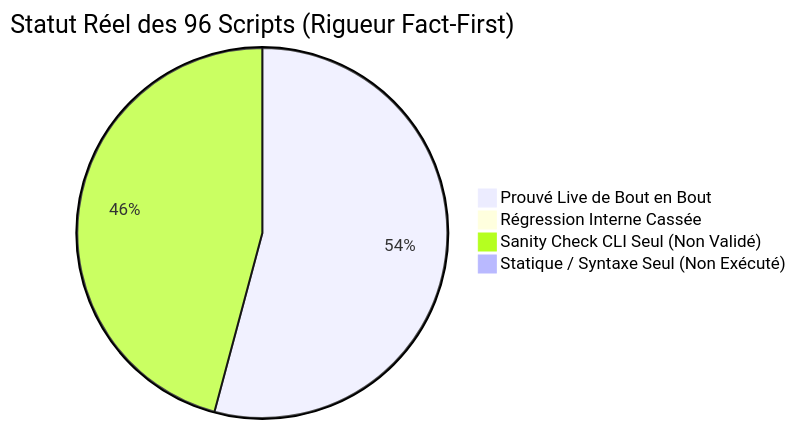
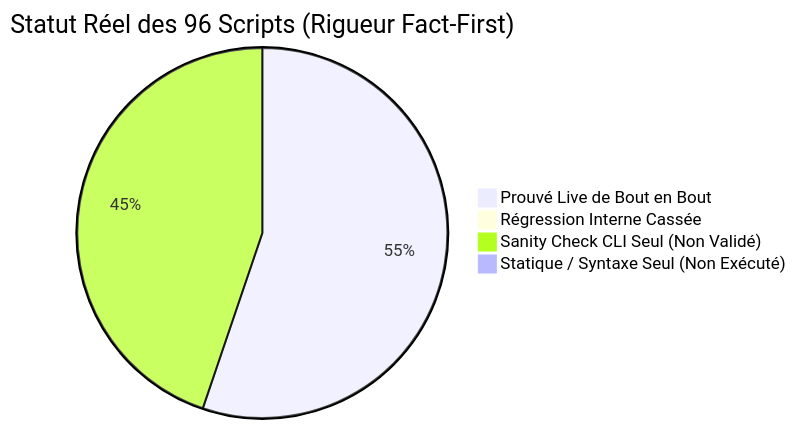
The diagram in docs/reference/2026-11-10-audit-exhaustif-scripts-regressions.md (yoyonel/pydbsrt), drawn with Mermaid before and after one commit. The commit also changed other lines of this file and 2 other files, not shown here.

First line of the commit message:
fix(workers): dynamic root, artifact paths and check in fault watch (#69)

````diff
--- a/docs/reference/2026-11-10-audit-exhaustif-scripts-regressions.md
+++ b/docs/reference/2026-11-10-audit-exhaustif-scripts-regressions.md
@@ -16,7 +16,7 @@
 ```mermaid
 pie title Statut Réel des 96 Scripts (Rigueur Fact-First)
-    "Prouvé Live de Bout en Bout" : 52
+    "Prouvé Live de Bout en Bout" : 53
     "Régression Interne Cassée" : 0
-    "Sanity Check CLI Seul (Non Validé)" : 44
+    "Sanity Check CLI Seul (Non Validé)" : 43
     "Statique / Syntaxe Seul (Non Exécuté)" : 0
 ```
````
